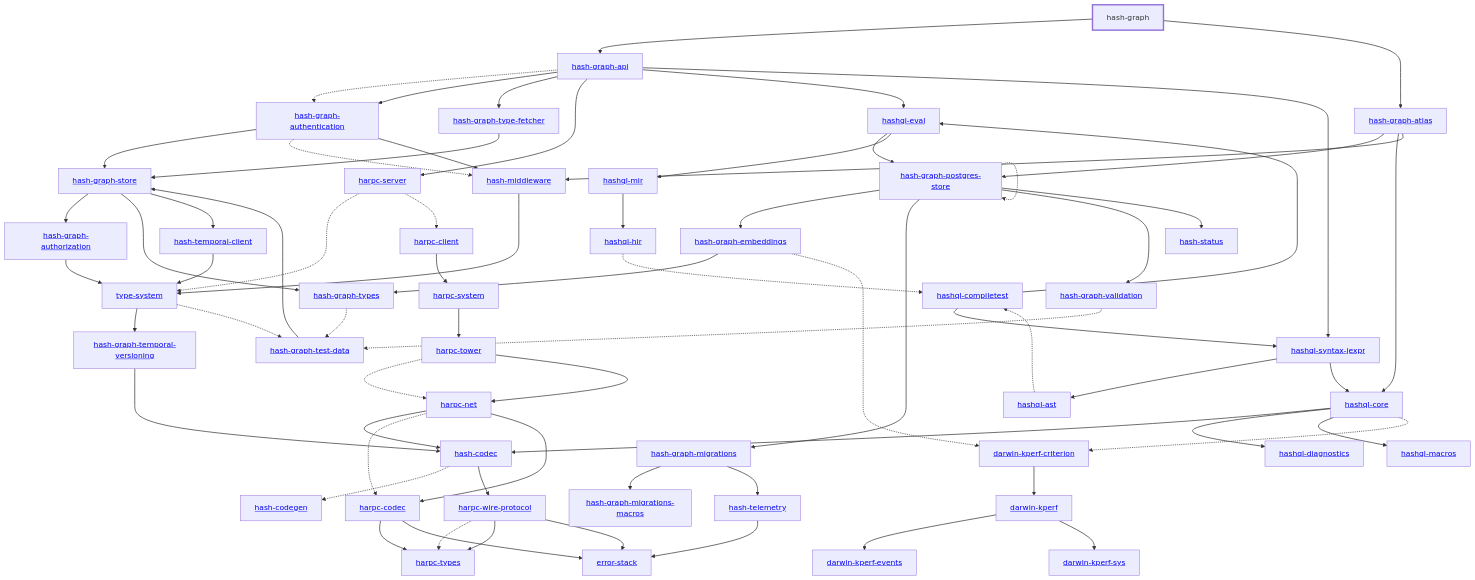
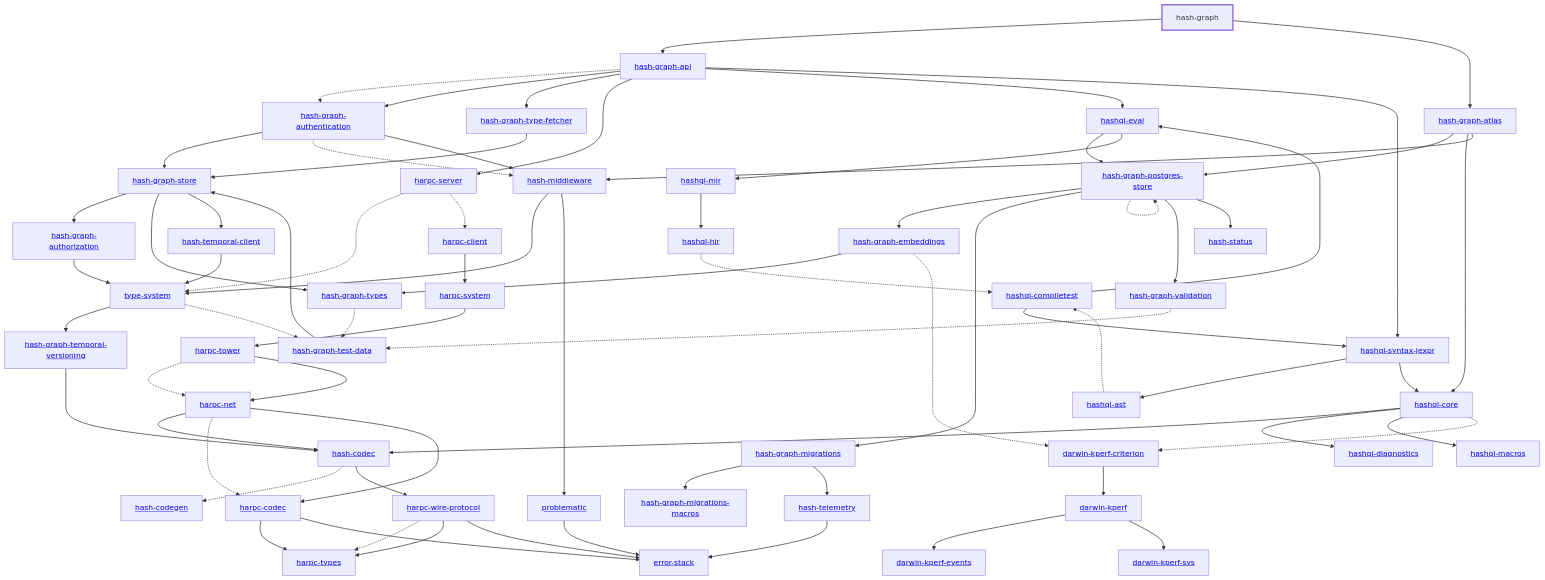
Before and after one commit to hashintel/hash: the diagram in apps/hash-graph/docs/dependency-diagram.mmd, drawn with Mermaid. The commit also changed 23 other files, not shown here.

```diff
--- a/apps/hash-graph/docs/dependency-diagram.mmd
+++ b/apps/hash-graph/docs/dependency-diagram.mmd
@@ -1,124 +1,127 @@
 graph TD
     linkStyle default stroke-width:1.5px
     classDef default stroke-width:1px
     classDef root stroke-width:3px
     classDef dev stroke-width:1px
     classDef build stroke-width:1px
     %% Legend
     %% --> : Normal dependency
     %% -.-> : Dev dependency
     %% ---> : Build dependency
     0[hash-graph]
     class 0 root
     1[<a href="../type_system/index.html">type-system</a>]
     2[<a href="../hash_codec/index.html">hash-codec</a>]
     3[<a href="../hash_codegen/index.html">hash-codegen</a>]
     4[<a href="../hash_graph_api/index.html">hash-graph-api</a>]
     5[<a href="../hash_graph_atlas/index.html">hash-graph-atlas</a>]
     6[<a href="../hash_graph_authentication/index.html">hash-graph-authentication</a>]
     7[<a href="../hash_graph_authorization/index.html">hash-graph-authorization</a>]
     8[<a href="../hash_graph_embeddings/index.html">hash-graph-embeddings</a>]
     9[<a href="../hash_graph_migrations/index.html">hash-graph-migrations</a>]
     10[<a href="../hash_graph_migrations_macros/index.html">hash-graph-migrations-macros</a>]
     11[<a href="../hash_graph_postgres_store/index.html">hash-graph-postgres-store</a>]
     12[<a href="../hash_graph_store/index.html">hash-graph-store</a>]
     13[<a href="../hash_graph_temporal_versioning/index.html">hash-graph-temporal-versioning</a>]
     14[<a href="../hash_graph_type_fetcher/index.html">hash-graph-type-fetcher</a>]
     15[<a href="../hash_graph_types/index.html">hash-graph-types</a>]
     16[<a href="../hash_graph_validation/index.html">hash-graph-validation</a>]
     17[<a href="../harpc_client/index.html">harpc-client</a>]
     18[<a href="../harpc_codec/index.html">harpc-codec</a>]
     19[<a href="../harpc_net/index.html">harpc-net</a>]
     20[<a href="../harpc_server/index.html">harpc-server</a>]
     21[<a href="../harpc_system/index.html">harpc-system</a>]
     22[<a href="../harpc_tower/index.html">harpc-tower</a>]
     23[<a href="../harpc_types/index.html">harpc-types</a>]
     24[<a href="../harpc_wire_protocol/index.html">harpc-wire-protocol</a>]
     25[<a href="../hashql_ast/index.html">hashql-ast</a>]
     26[<a href="../hashql_compiletest/index.html">hashql-compiletest</a>]
     27[<a href="../hashql_core/index.html">hashql-core</a>]
     28[<a href="../hashql_diagnostics/index.html">hashql-diagnostics</a>]
     29[<a href="../hashql_eval/index.html">hashql-eval</a>]
     30[<a href="../hashql_hir/index.html">hashql-hir</a>]
     31[<a href="../hashql_macros/index.html">hashql-macros</a>]
     32[<a href="../hashql_mir/index.html">hashql-mir</a>]
     33[<a href="../hashql_syntax_jexpr/index.html">hashql-syntax-jexpr</a>]
     34[<a href="../hash_middleware/index.html">hash-middleware</a>]
     35[<a href="../hash_status/index.html">hash-status</a>]
     36[<a href="../hash_telemetry/index.html">hash-telemetry</a>]
     37[<a href="../hash_temporal_client/index.html">hash-temporal-client</a>]
     38[<a href="../darwin_kperf/index.html">darwin-kperf</a>]
     39[<a href="../darwin_kperf_criterion/index.html">darwin-kperf-criterion</a>]
     40[<a href="../darwin_kperf_events/index.html">darwin-kperf-events</a>]
     41[<a href="../darwin_kperf_sys/index.html">darwin-kperf-sys</a>]
     42[<a href="../error_stack/index.html">error-stack</a>]
-    43[<a href="../hash_graph_test_data/index.html">hash-graph-test-data</a>]
+    43[<a href="../problematic/index.html">problematic</a>]
+    44[<a href="../hash_graph_test_data/index.html">hash-graph-test-data</a>]
     0 --> 4
     0 --> 5
     1 --> 13
-    1 -.-> 43
+    1 -.-> 44
     2 -.-> 3
     2 --> 24
     4 -.-> 6
     4 --> 6
     4 --> 14
     4 --> 20
     4 --> 29
     4 --> 33
     5 --> 11
     5 --> 27
     5 --> 34
     6 --> 12
     6 -.-> 34
     6 --> 34
     7 --> 1
     8 --> 15
     8 -.-> 39
     9 --> 10
     9 --> 36
     11 --> 8
     11 --> 9
     11 -.-> 11
     11 --> 16
     11 --> 35
     12 --> 7
     12 --> 15
     12 --> 37
     13 --> 2
     14 --> 12
-    15 -.-> 43
-    16 -.-> 43
+    15 -.-> 44
+    16 -.-> 44
     17 --> 21
     18 --> 23
     18 --> 42
     19 --> 2
     19 -.-> 18
     19 --> 18
     20 -.-> 1
     20 -.-> 17
     21 --> 22
     22 -.-> 19
     22 --> 19
     24 -.-> 23
     24 --> 23
     24 --> 42
     25 -.-> 26
     26 --> 29
     26 --> 33
     27 --> 2
     27 --> 28
     27 --> 31
     27 -.-> 39
     29 --> 11
     29 --> 32
     30 -.-> 26
     32 --> 30
     33 --> 25
     33 --> 27
     34 --> 1
+    34 --> 43
     36 --> 42
     37 --> 1
     38 --> 40
     38 --> 41
     39 --> 38
-    43 --> 12
+    43 --> 42
+    44 --> 12
```
